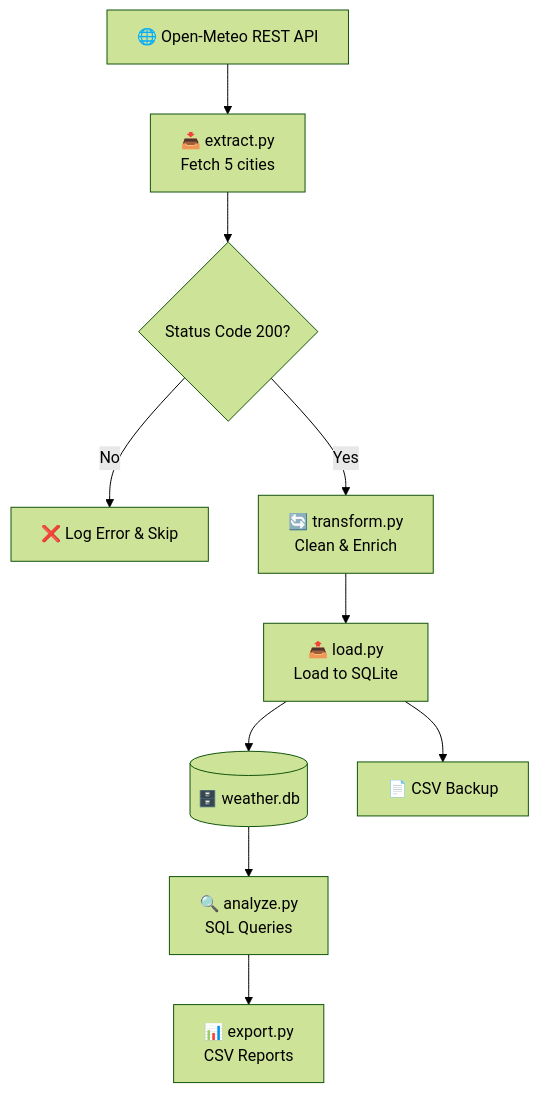
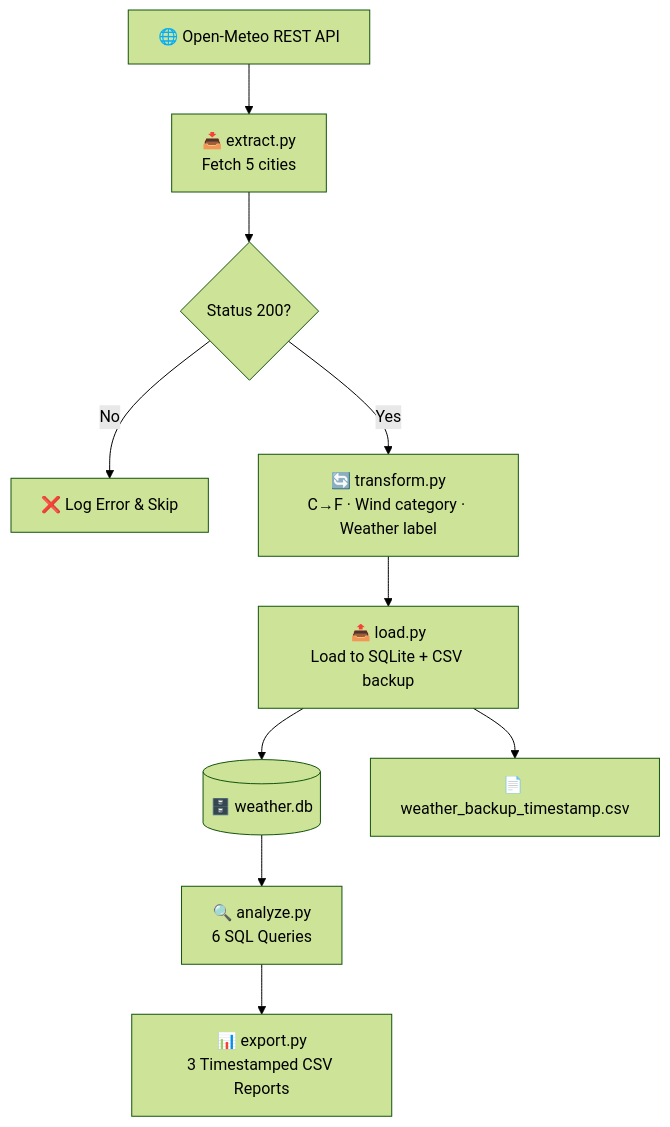
One commit to mannevi/weather-etl-pipeline changed the diagram in README.md. Above: the diagram before and after it, drawn with Mermaid (forest theme). The commit also changed other lines of this file, not shown here.

````diff
--- a/README.md
+++ b/README.md
@@ -48,12 +70,12 @@
 ```mermaid
 flowchart TD
     A[🌐 Open-Meteo REST API] --> B[📥 extract.py\nFetch 5 cities]
-    B --> C{Status Code 200?}
+    B --> C{Status 200?}
     C -->|No| D[❌ Log Error & Skip]
-    C -->|Yes| E[🔄 transform.py\nClean & Enrich]
-    E --> F[📤 load.py\nLoad to SQLite]
+    C -->|Yes| E[🔄 transform.py\nC→F · Wind category · Weather label]
+    E --> F[📤 load.py\nLoad to SQLite + CSV backup]
     F --> G[(🗄️ weather.db)]
-    F --> H[📄 CSV Backup]
-    G --> I[🔍 analyze.py\nSQL Queries]
-    I --> J[📊 export.py\nCSV Reports]
+    F --> H[📄 weather_backup_timestamp.csv]
+    G --> I[🔍 analyze.py\n6 SQL Queries]
+    I --> J[📊 export.py\n3 Timestamped CSV Reports]
 ```
````
